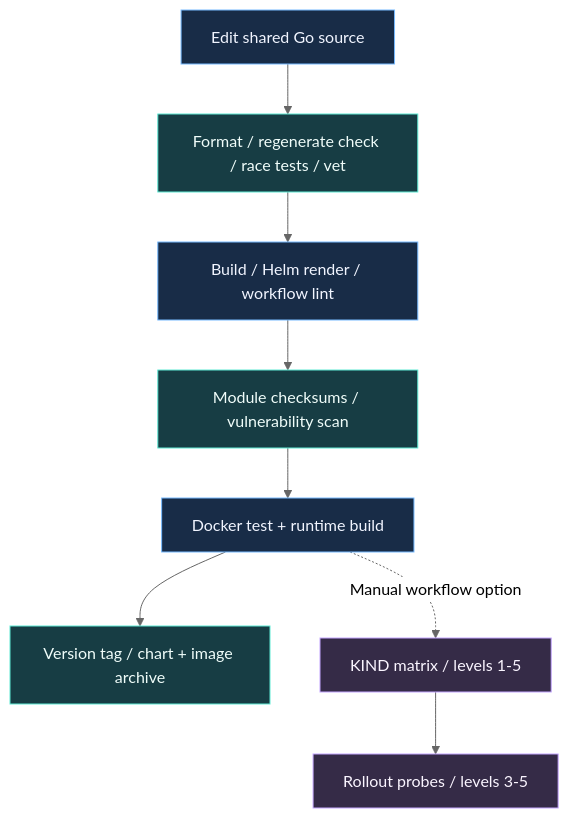
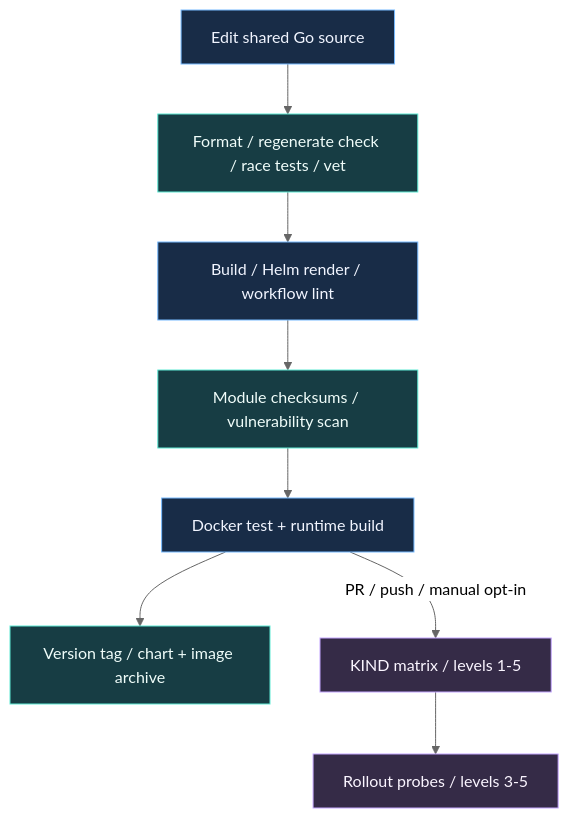
Before and after one commit to Enetact/TeleportFDE: the diagram in docs/visuals/sources/delivery.mmd, drawn with Mermaid (neutral theme). The commit also changed 12 other files, not shown here.

```diff
--- a/docs/visuals/sources/delivery.mmd
+++ b/docs/visuals/sources/delivery.mmd
@@ -1,14 +1,14 @@
 flowchart TB
   edit[Edit shared Go source] --> quality[Format / regenerate check / race tests / vet]
   quality --> review[Build / Helm render / workflow lint]
   review --> security[Module checksums / vulnerability scan]
   security --> container[Docker test + runtime build]
   container --> tags[Version tag / chart + image archive]
-  container -.->|Manual workflow option| kind[KIND matrix / levels 1-5]
+  container -->|PR / push / manual opt-in| kind[KIND matrix / levels 1-5]
   kind --> probe[Rollout probes / levels 3-5]
   classDef core fill:#182c47,stroke:#76baff,color:#f1f5ff
   classDef gate fill:#173d44,stroke:#5eead4,color:#f0fdfa
   classDef optional fill:#352b47,stroke:#c4a6ff,color:#faf5ff
   class edit,review,container core
   class quality,security,tags gate
   class kind,probe optional
```
